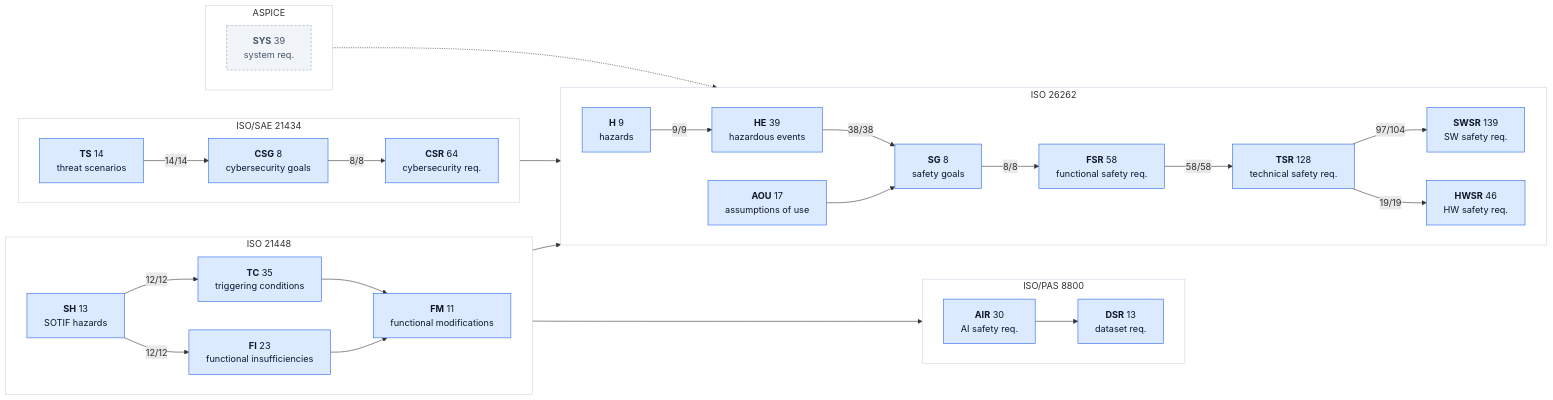
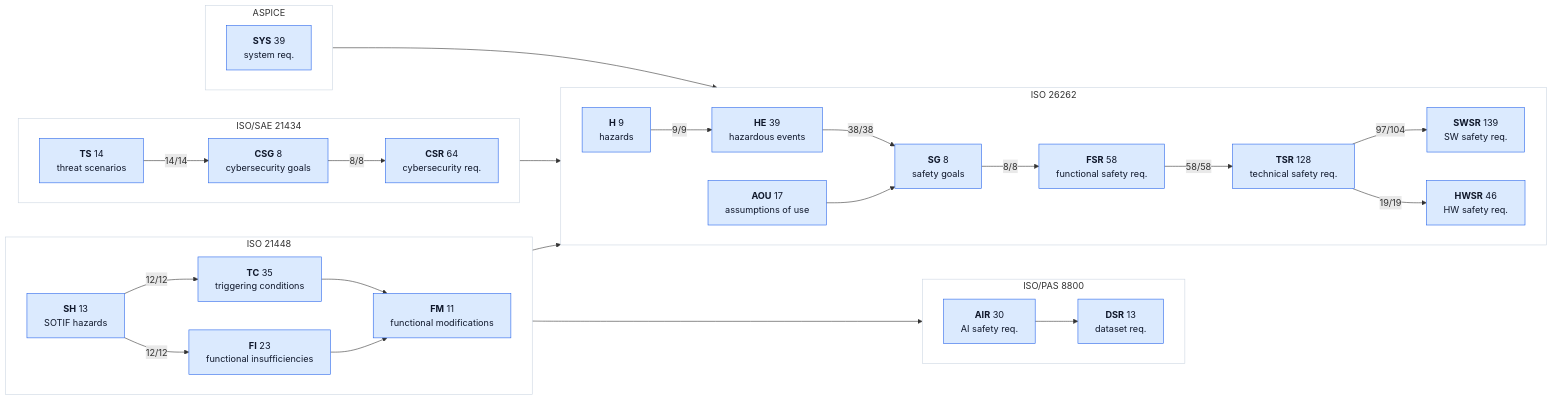
The second of 2 diagrams in assurance/trace/maps/aspice-trace-map.md (jherrodthomas/LionDriver), drawn with Mermaid before and after one commit. The commit also changed other lines of this file and 17 other files, not shown here.

````diff
--- a/assurance/trace/maps/aspice-trace-map.md
+++ b/assurance/trace/maps/aspice-trace-map.md
@@ -188,61 +188,61 @@
 ```mermaid
 flowchart LR
   subgraph ISO26262["ISO 26262"]
     direction LR
     kH["<b>H</b> 9<br/>hazards"]:::traced
     kHE["<b>HE</b> 39<br/>hazardous events"]:::traced
     kSG["<b>SG</b> 8<br/>safety goals"]:::traced
     kFSR["<b>FSR</b> 58<br/>functional safety req."]:::traced
     kTSR["<b>TSR</b> 128<br/>technical safety req."]:::traced
     kSWSR["<b>SWSR</b> 139<br/>SW safety req."]:::traced
     kHWSR["<b>HWSR</b> 46<br/>HW safety req."]:::traced
     kAOU["<b>AOU</b> 17<br/>assumptions of use"]:::traced
   end
   style ISO26262 fill:#FFFFFF,stroke:#CBD5E1
   subgraph ISO21448["ISO 21448"]
     direction LR
     kSH["<b>SH</b> 13<br/>SOTIF hazards"]:::traced
     kTC["<b>TC</b> 35<br/>triggering conditions"]:::traced
     kFI["<b>FI</b> 23<br/>functional insufficiencies"]:::traced
     kFM["<b>FM</b> 11<br/>functional modifications"]:::traced
   end
   style ISO21448 fill:#FFFFFF,stroke:#CBD5E1
   subgraph ISOPAS8800["ISO/PAS 8800"]
     direction LR
     kAIR["<b>AIR</b> 30<br/>AI safety req."]:::traced
     kDSR["<b>DSR</b> 13<br/>dataset req."]:::traced
   end
   style ISOPAS8800 fill:#FFFFFF,stroke:#CBD5E1
   subgraph ISOSAE21434["ISO/SAE 21434"]
     direction LR
     kTS["<b>TS</b> 14<br/>threat scenarios"]:::traced
     kCSG["<b>CSG</b> 8<br/>cybersecurity goals"]:::traced
     kCSR["<b>CSR</b> 64<br/>cybersecurity req."]:::traced
   end
   style ISOSAE21434 fill:#FFFFFF,stroke:#CBD5E1
   subgraph ASPICE["ASPICE"]
     direction LR
-    kSYS["<b>SYS</b> 39<br/>system req."]:::doc
+    kSYS["<b>SYS</b> 39<br/>system req."]:::traced
   end
   style ASPICE fill:#FFFFFF,stroke:#CBD5E1
   kH -->|"9/9"| kHE
   kHE -->|"38/38"| kSG
   kSG -->|"8/8"| kFSR
   kFSR -->|"58/58"| kTSR
   kTSR -->|"97/104"| kSWSR
   kTSR -->|"19/19"| kHWSR
   kAOU --> kSG
   kSH -->|"12/12"| kTC
   kSH -->|"12/12"| kFI
   kTC --> kFM
   kFI --> kFM
   kSH --> kH
   kFI --> kAIR
   kAIR --> kDSR
   kTS -->|"14/14"| kCSG
   kCSG -->|"8/8"| kCSR
   kCSG --> kSG
-  kSYS -.-> kTSR
+  kSYS --> kTSR
   classDef traced fill:#DBEAFE,stroke:#2563EB,color:#0F172A
   classDef doc fill:#F1F5F9,stroke:#94A3B8,stroke-dasharray:4 3,color:#475569
 ```
````
